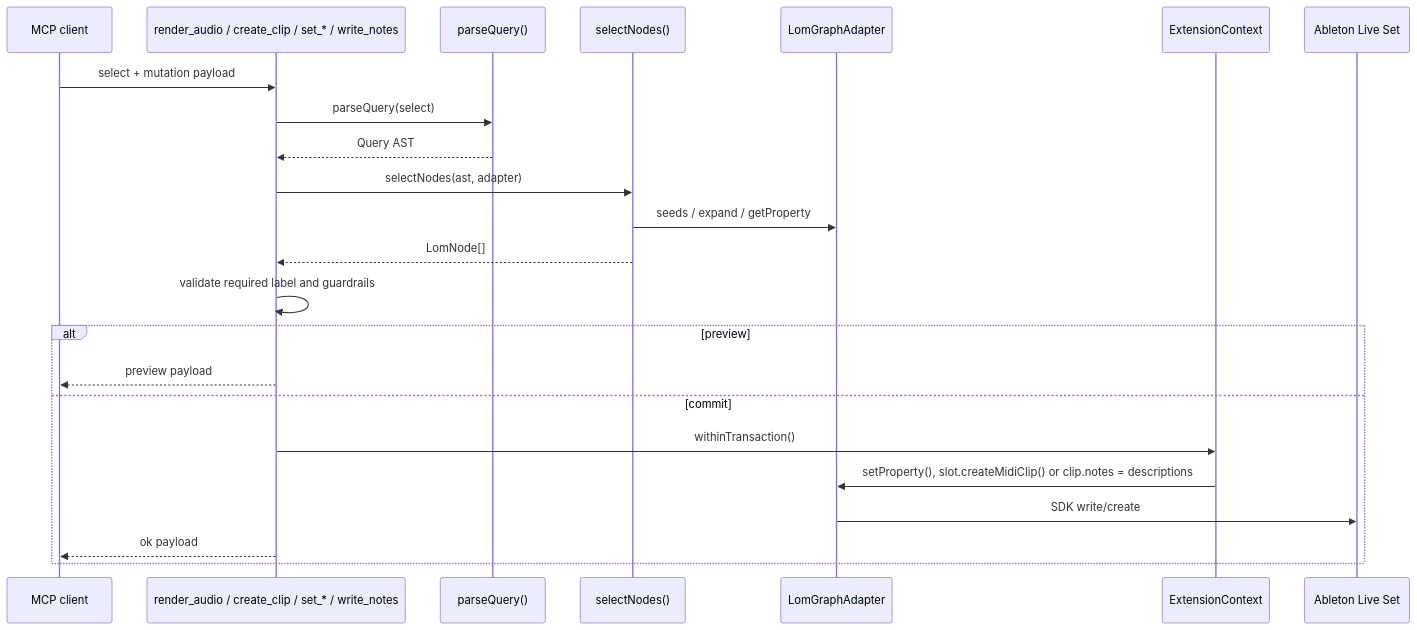
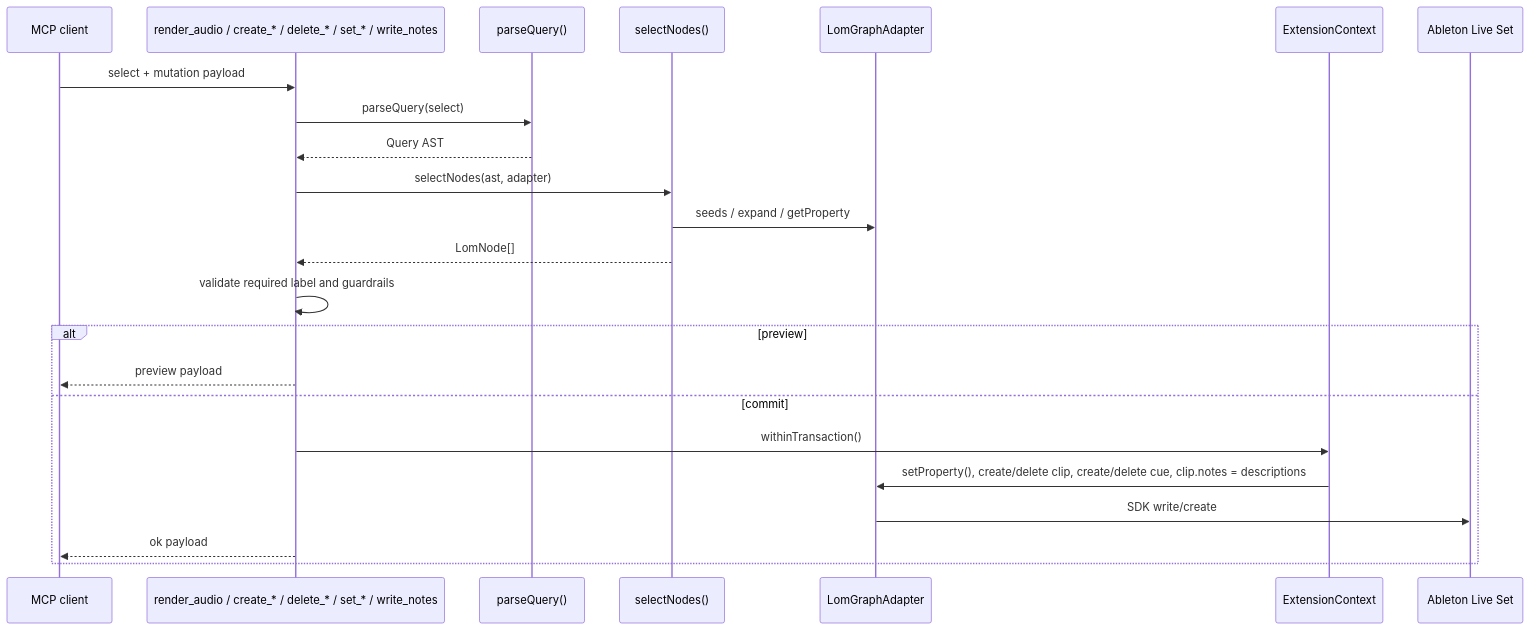
One commit to philtzjp/live-connector changed the sixth of 7 diagrams in llm/ARCHITECTURE.md. Above: the diagram before and after it, drawn with Mermaid. The commit also changed other lines of this file and 1 other file, not shown here.

````diff
--- a/llm/ARCHITECTURE.md
+++ b/llm/ARCHITECTURE.md
@@ -173,26 +178,26 @@
 ```mermaid
 sequenceDiagram
     participant client as MCP client
-    participant tool as render_audio / create_clip / set_* / write_notes
+    participant tool as render_audio / create_* / delete_* / set_* / write_notes
     participant parser as parseQuery()
     participant selector as selectNodes()
     participant adapter as LomGraphAdapter
     participant context as ExtensionContext
     participant live as Ableton Live Set
 
     client->>tool: select + mutation payload
     tool->>parser: parseQuery(select)
     parser-->>tool: Query AST
     tool->>selector: selectNodes(ast, adapter)
     selector->>adapter: seeds / expand / getProperty
     selector-->>tool: LomNode[]
     tool->>tool: validate required label and guardrails
     alt preview
         tool-->>client: preview payload
     else commit
         tool->>context: withinTransaction()
-        context->>adapter: setProperty(), slot.createMidiClip() or clip.notes = descriptions
+        context->>adapter: setProperty(), create/delete clip, create/delete cue, clip.notes = descriptions
         adapter->>live: SDK write/create
         tool-->>client: ok payload
     end
 ```
````
